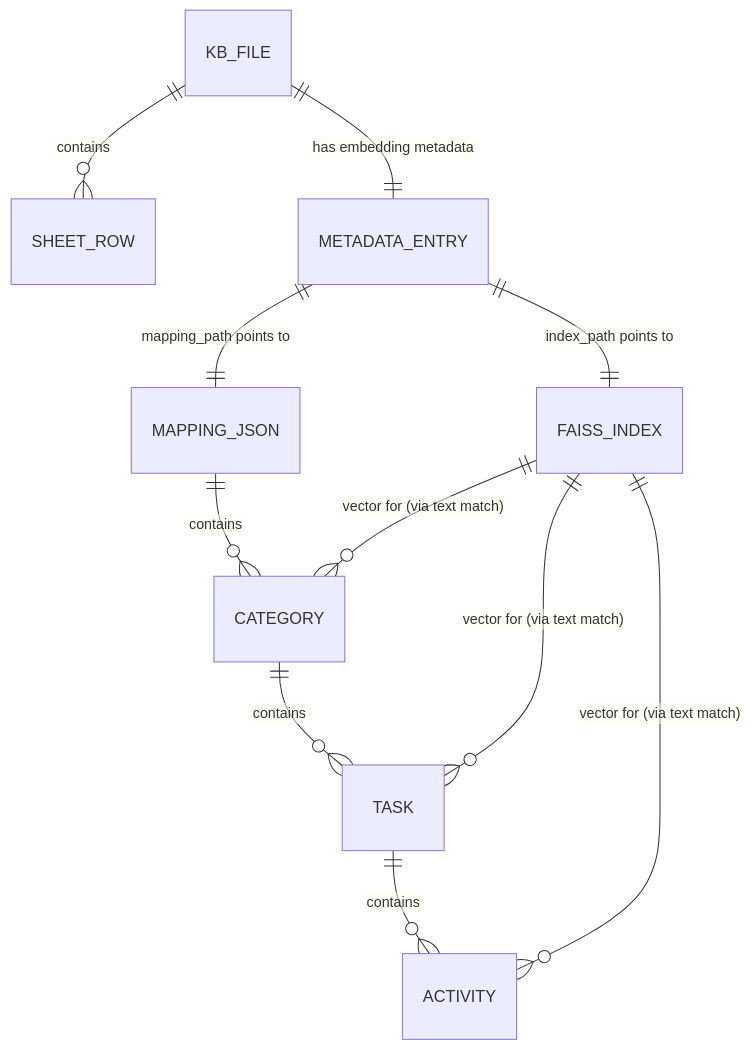
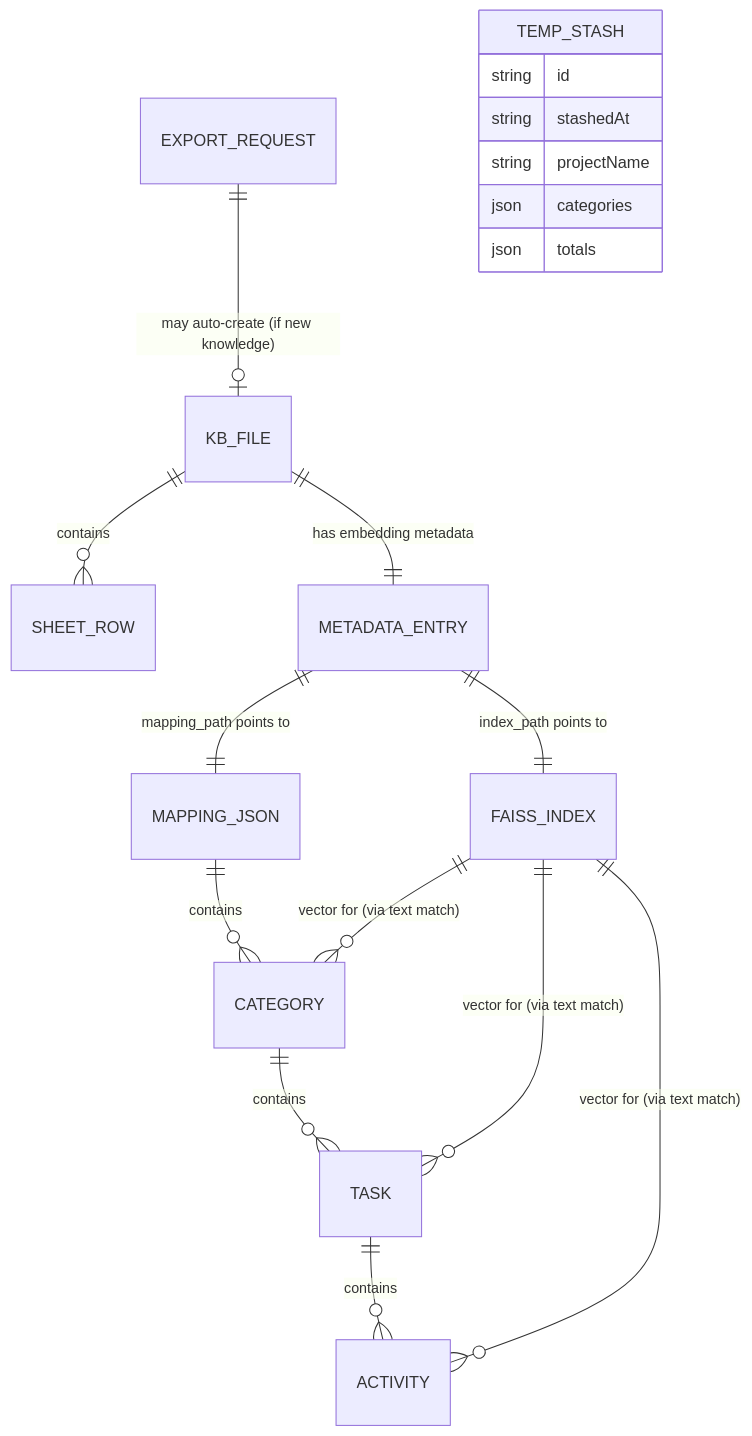
The diagram in docs/DATABASE.md (nhlynn/manhour-prediction), drawn with Mermaid before and after one commit. The commit also changed other lines of this file and 20 other files, not shown here.

Commit message:
add temp module and save knowledge when excel export

````diff
--- a/docs/DATABASE.md
+++ b/docs/DATABASE.md
@@ -16,13 +18,21 @@
 ```mermaid
 erDiagram
     KB_FILE ||--o{ SHEET_ROW : contains
     KB_FILE ||--|| METADATA_ENTRY : "has embedding metadata"
     METADATA_ENTRY ||--|| FAISS_INDEX : "index_path points to"
     METADATA_ENTRY ||--|| MAPPING_JSON : "mapping_path points to"
     MAPPING_JSON ||--o{ CATEGORY : contains
     CATEGORY ||--o{ TASK : contains
     TASK ||--o{ ACTIVITY : contains
     FAISS_INDEX ||--o{ ACTIVITY : "vector for (via text match)"
     FAISS_INDEX ||--o{ TASK : "vector for (via text match)"
     FAISS_INDEX ||--o{ CATEGORY : "vector for (via text match)"
+    EXPORT_REQUEST ||--o| KB_FILE : "may auto-create (if new knowledge)"
+    TEMP_STASH {
+        string id
+        string stashedAt
+        string projectName
+        json categories
+        json totals
+    }
 ```
````
